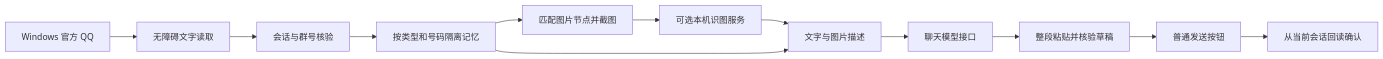
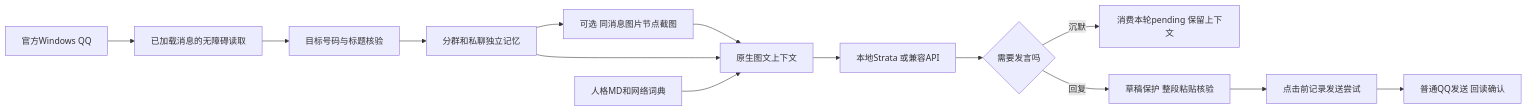
One commit to karanoli/qq-whale-bot changed the diagram in docs/ARCHITECTURE.md. Above: the diagram before and after it, drawn with Mermaid. The commit also changed other lines of this file and 37 other files, not shown here.

````diff
--- a/docs/ARCHITECTURE.md
+++ b/docs/ARCHITECTURE.md
@@ -3,14 +3,16 @@
 ```mermaid
 flowchart LR
-    QQ[Windows 官方 QQ] --> UIA[无障碍文字读取]
-    UIA --> Check[会话与群号核验]
-    Check --> Memory[按类型和号码隔离记忆]
-    Memory --> Vision[匹配图片节点并截图]
-    Vision --> VLM[可选本机识图服务]
-    VLM --> Prompt[文字与图片描述]
+    QQ[官方Windows QQ] --> UIA[已加载消息的无障碍读取]
+    UIA --> Verify[目标号码与标题核验]
+    Verify --> Memory[分群和私聊独立记忆]
+    Memory --> Capture[可选 同消息图片节点截图]
+    Capture --> Prompt[原生图文上下文]
     Memory --> Prompt
-    Prompt --> Chat[聊天模型接口]
-    Chat --> Draft[整段粘贴并核验草稿]
-    Draft --> Send[普通发送按钮]
-    Send --> Readback[从当前会话回读确认]
+    Persona[人格MD和网络词典] --> Prompt
+    Prompt --> Model[本地Strata 或兼容API]
+    Model --> Decide{需要发言吗}
+    Decide -->|沉默| Ack[消费本轮pending 保留上下文]
+    Decide -->|回复| Draft[草稿保护 整段粘贴核验]
+    Draft --> Attempt[点击前记录发送尝试]
+    Attempt --> Readback[普通QQ发送 回读确认]
 ```
````
